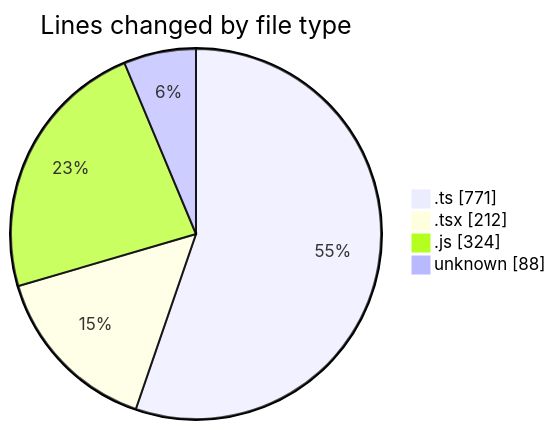
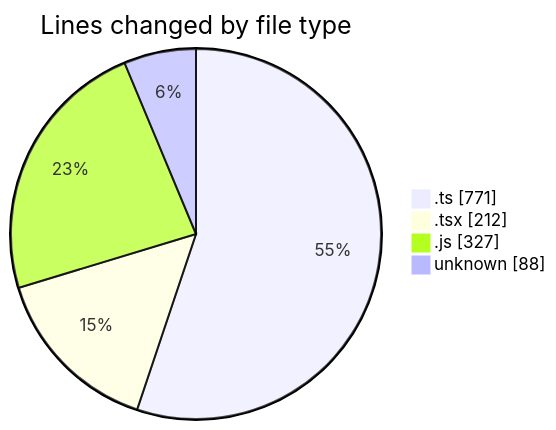
One commit to momahboobian/code-tracking changed the first of 2 diagrams in 2026-03-11/cda/README.md. Above: the diagram before and after it, drawn with Mermaid. The commit also changed other lines of this file and 1 other file, not shown here.

````diff
--- a/2026-03-11/cda/README.md
+++ b/2026-03-11/cda/README.md
@@ -25,8 +25,8 @@
 ```mermaid
 pie showData
 title Lines changed by file type
 ".ts" : 771
 ".tsx" : 212
-".js" : 324
+".js" : 327
 "unknown" : 88
 ```
````
